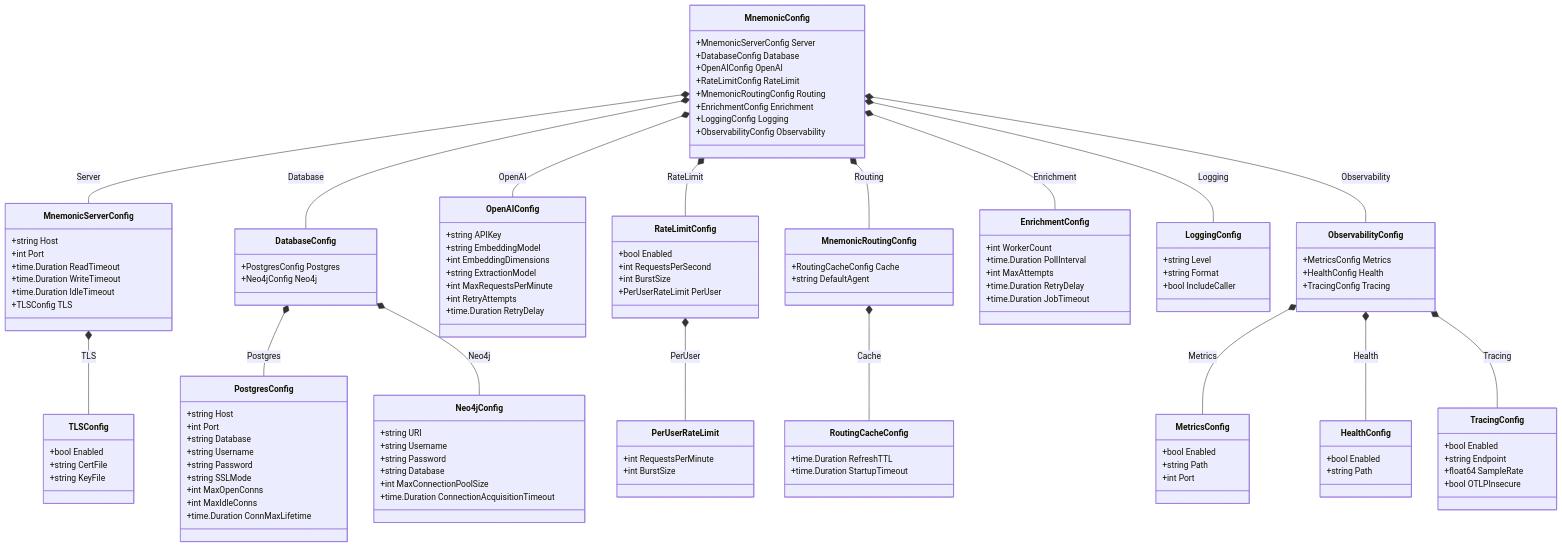
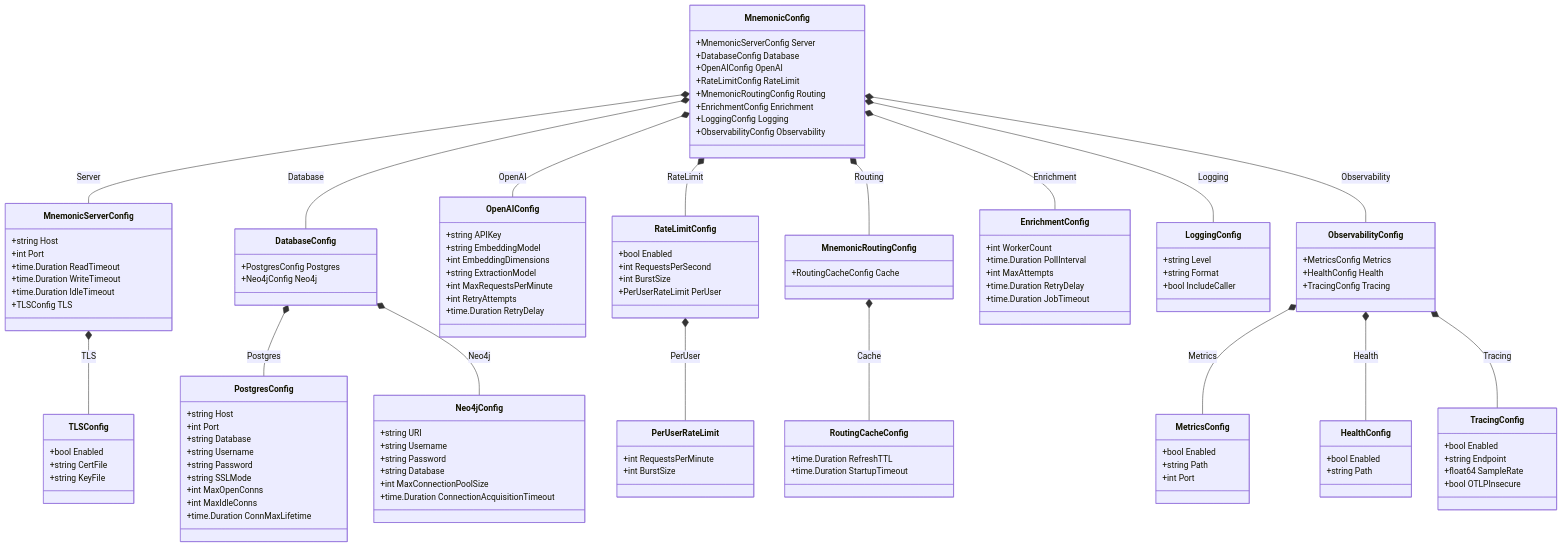
The second of 2 diagrams in docs/design/configuration.md (twistingmercury/mnemonic-mcp), drawn with Mermaid before and after one commit. The commit also changed other lines of this file and 26 other files, not shown here.

```diff
--- a/docs/design/configuration.md
+++ b/docs/design/configuration.md
@@ -572,7 +568,6 @@
 
     class MnemonicRoutingConfig {
         +RoutingCacheConfig Cache
-        +string DefaultAgent
     }
 
     class RoutingCacheConfig {
```
